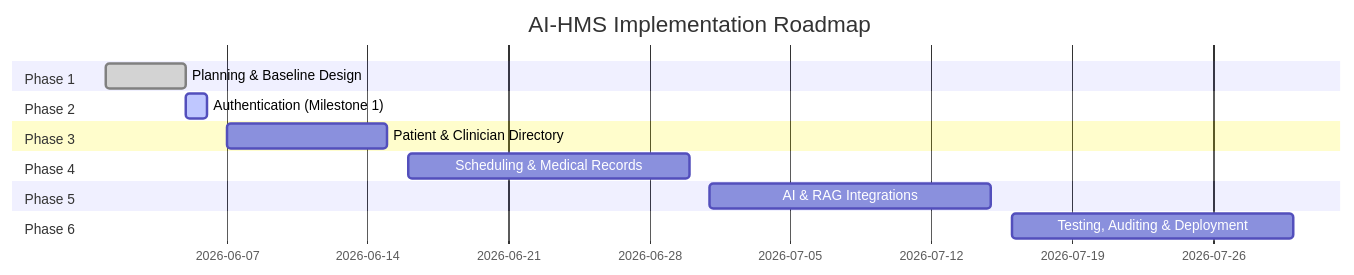
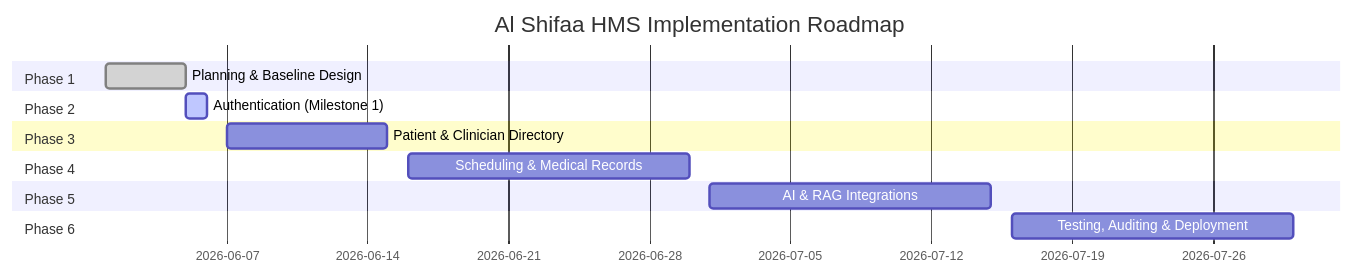
One commit to rashidkhan4067/AI-HMS changed the diagram in docs/01-project-charter.md. Above: the diagram before and after it, drawn with Mermaid. The commit also changed other lines of this file and 16 other files, not shown here.

````diff
--- a/docs/01-project-charter.md
+++ b/docs/01-project-charter.md
@@ -48,17 +48,17 @@
 ```mermaid
 gantt
-    title AI-HMS Implementation Roadmap
+    title Al Shifaa HMS Implementation Roadmap
     dateFormat  YYYY-MM-DD
     section Phase 1
     Planning & Baseline Design      :done, 2026-06-01, 2026-06-05
     section Phase 2
     Authentication (Milestone 1)    :active, 2026-06-05, 2026-06-06
     section Phase 3
     Patient & Clinician Directory  : 2026-06-07, 2026-06-15
     section Phase 4
     Scheduling & Medical Records    : 2026-06-16, 2026-06-30
     section Phase 5
     AI & RAG Integrations          : 2026-07-01, 2026-07-15
     section Phase 6
     Testing, Auditing & Deployment : 2026-07-16, 2026-07-30
 ```
````
